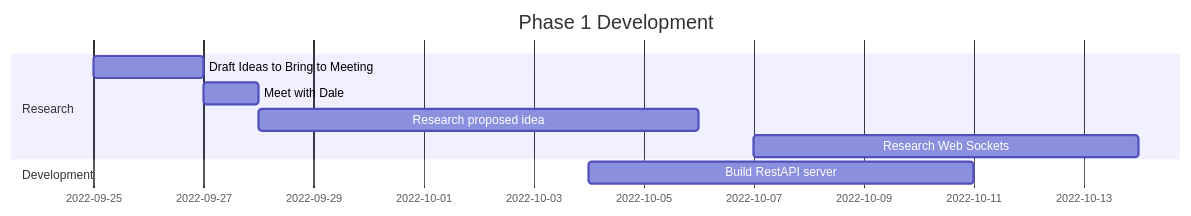
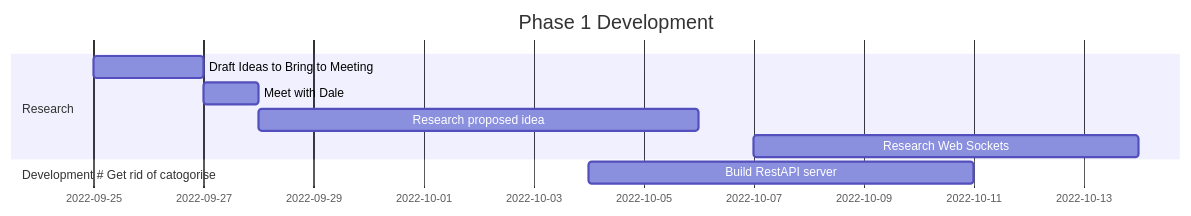
Before and after one commit to Joshua-Yuill/Votley_Final-Year-Project: the first of 3 diagrams in Docs/report.md, drawn with Mermaid. The commit also changed other lines of this file and 1 other file, not shown here.

````diff
--- a/Docs/report.md
+++ b/Docs/report.md
@@ -97,12 +128,12 @@
 ```mermaid
 gantt
     title Phase 1 Development
     dateFormat  YYYY-MM-DD
     section Research
     Draft Ideas to Bring to Meeting           :a1, 2022-09-25, 2d
     Meet with Dale            :a1, 2022-09-27, 1d
     Research proposed idea            :2022-09-28, 8d
     Research Web Sockets           :2022-10-07, 7d
-    section Development
+    section Development # Get rid of catogorise
     Build RestAPI server           :2022-10-04, 7d
 ```
````
